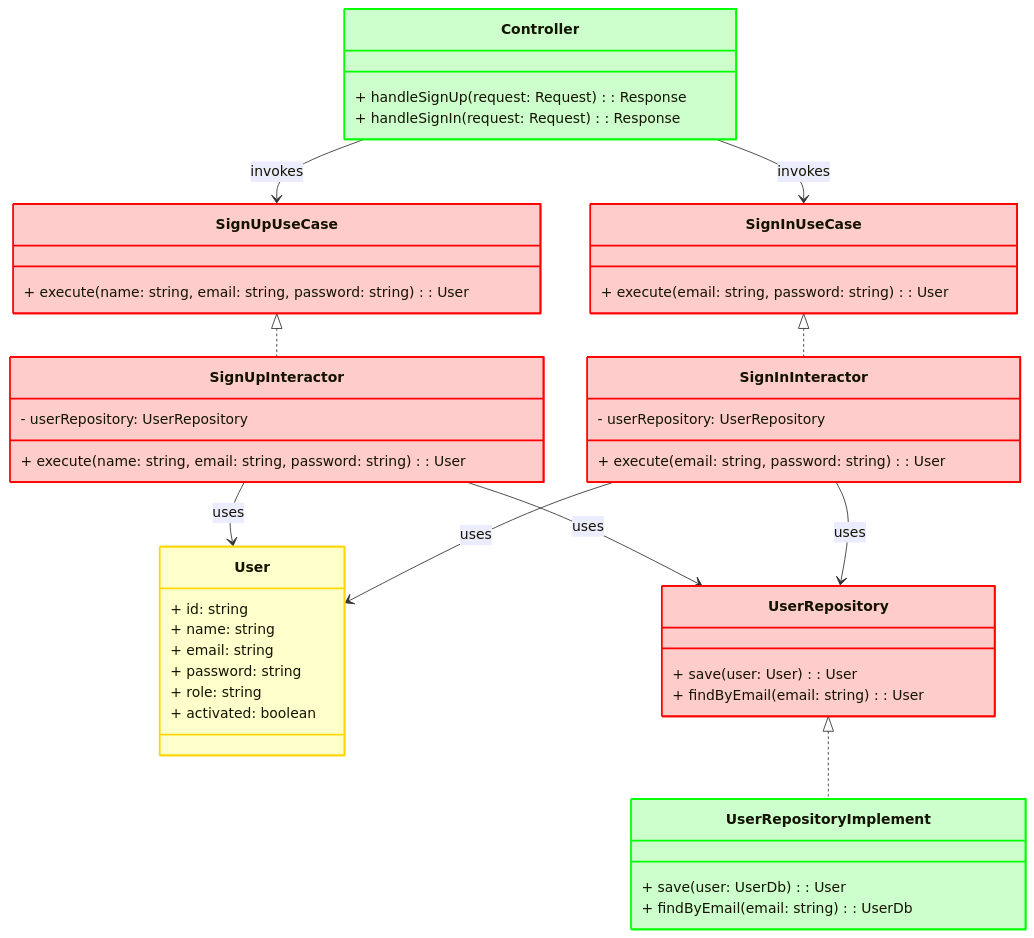
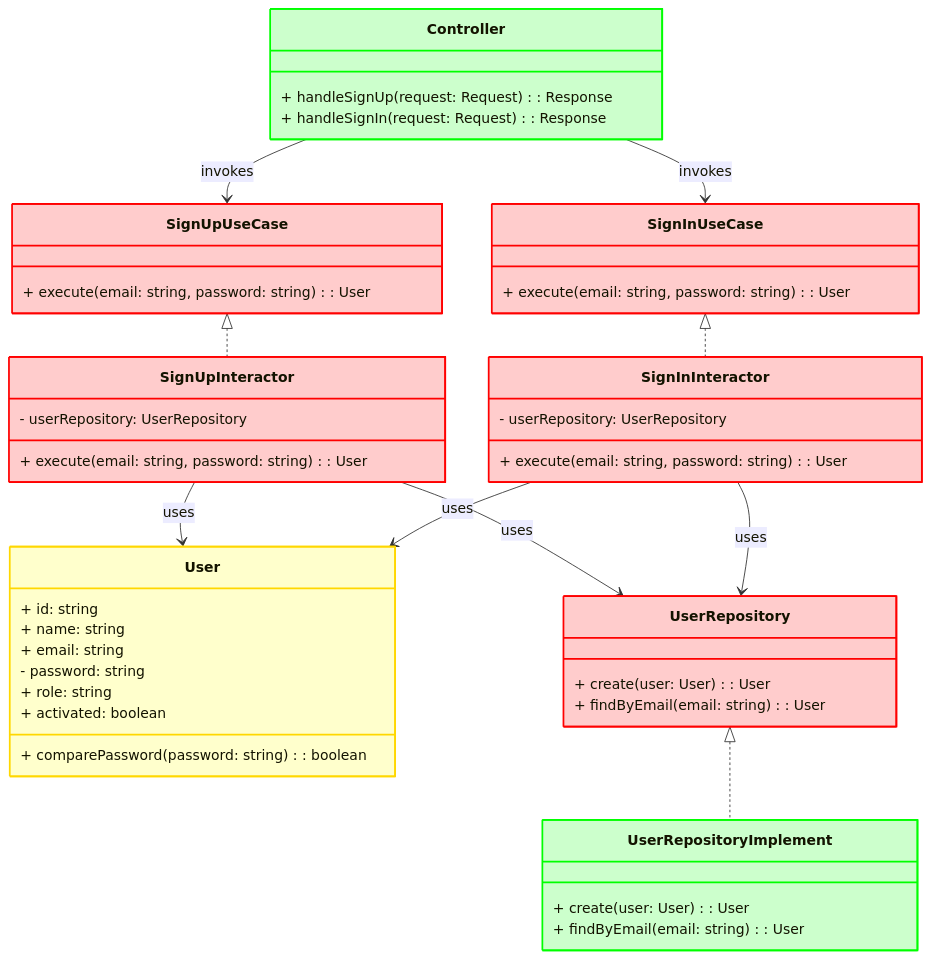
The diagram in docs/docs/0202-user.md (vukhanhtruong/note-taker), drawn with Mermaid before and after one commit. The commit also changed 3 other files, not shown here.

````diff
--- a/docs/docs/0202-user.md
+++ b/docs/docs/0202-user.md
@@ -5,77 +5,77 @@
 ```mermaid
-
 classDiagram
   direction TB
 
   %% Domain Entity
   class User {
       + id: string
       + name: string
       + email: string
-      + password: string
+      - password: string
       + role: string
       + activated: boolean
+      + comparePassword(password: string): boolean
   }
 
   %% Use Cases (Interfaces)
   class SignUpUseCase {
-      + execute(name: string, email: string, password: string): User
+      + execute(email: string, password: string): User
   }
 
   class SignInUseCase {
       + execute(email: string, password: string): User
   }
 
   %% Interactors (Implementation of Use Cases)
   class SignUpInteractor {
       - userRepository: UserRepository
-      + execute(name: string, email: string, password: string): User
+      + execute(email: string, password: string): User
   }
 
   class SignInInteractor {
       - userRepository: UserRepository
       + execute(email: string, password: string): User
   }
 
   %% Repository Interface
   class UserRepository {
-      + save(user: User): User
+      + create(user: User): User
       + findByEmail(email: string): User
   }
 
   %% Controller & UserRepositoryImplement
   class Controller {
       + handleSignUp(request: Request): Response
       + handleSignIn(request: Request): Response
   }
 
   class UserRepositoryImplement {
-      + save(user: UserDb): User
-      + findByEmail(email: string): UserDb
+      + create(user: User): User
+      + findByEmail(email: string): User
   }
 
   %% Relationships
   SignUpUseCase <|.. SignUpInteractor
   SignInUseCase <|.. SignInInteractor
 
   SignUpInteractor --> UserRepository : uses
   SignUpInteractor --> User : uses
 
   SignInInteractor --> UserRepository : uses
   SignInInteractor --> User : uses
 
   Controller --> SignUpUseCase : invokes
   Controller --> SignInUseCase : invokes
 
   UserRepository <|.. UserRepositoryImplement
 
   %% Styles
   style User fill:#ffffcc,stroke:#ffd700,stroke-width:2px
   style SignUpUseCase fill:#ffcccc,stroke:#ff0000,stroke-width:2px
   style SignInUseCase fill:#ffcccc,stroke:#ff0000,stroke-width:2px
   style SignUpInteractor fill:#ffcccc,stroke:#ff0000,stroke-width:2px
   style SignInInteractor fill:#ffcccc,stroke:#ff0000,stroke-width:2px
   style UserRepository fill:#ffcccc,stroke:#ff0000,stroke-width:2px
   style Controller fill:#ccffcc,stroke:#00ff00,stroke-width:2px
   style UserRepositoryImplement fill:#ccffcc,stroke:#00ff00,stroke-width:2px
 ```
````
